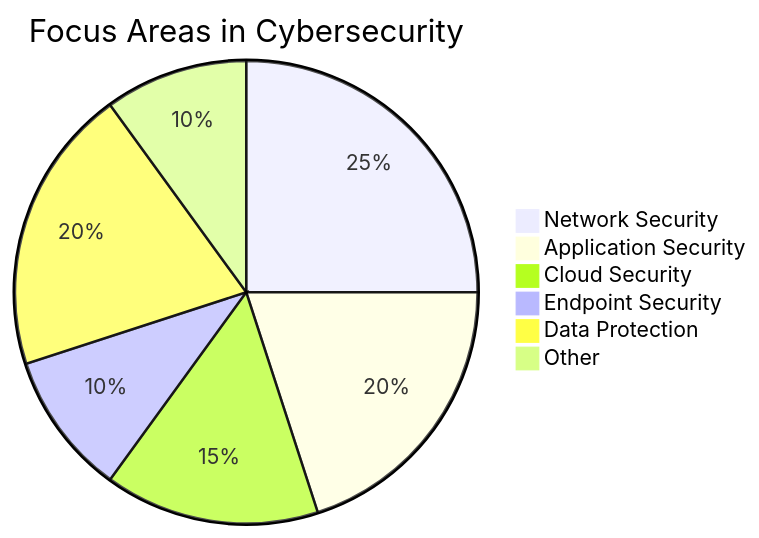
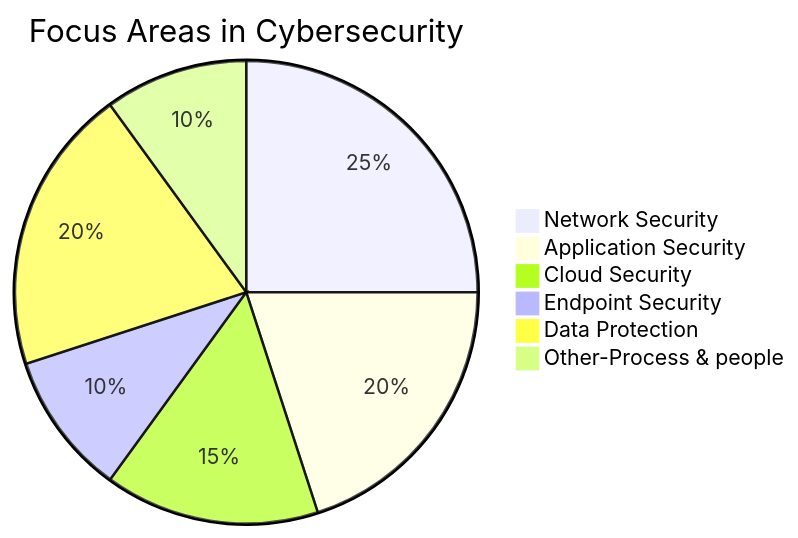
Before and after one commit to MojithaR/Blue-Team-Ops: the second of 2 diagrams in 04 FCF Introduction to Cybersecurity.md, drawn with Mermaid.

Commit message:
Update 04 FCF Introduction to Cybersecurity.md

````diff
--- a/04 FCF Introduction to Cybersecurity.md
+++ b/04 FCF Introduction to Cybersecurity.md
@@ -74,10 +74,10 @@
 ```mermaid
 pie
     title Focus Areas in Cybersecurity
     "Network Security" : 25
     "Application Security" : 20
     "Cloud Security" : 15
     "Endpoint Security" : 10
     "Data Protection" : 20
-    "Other" : 10
+    "Other-Process & people" : 10
 ```
````
